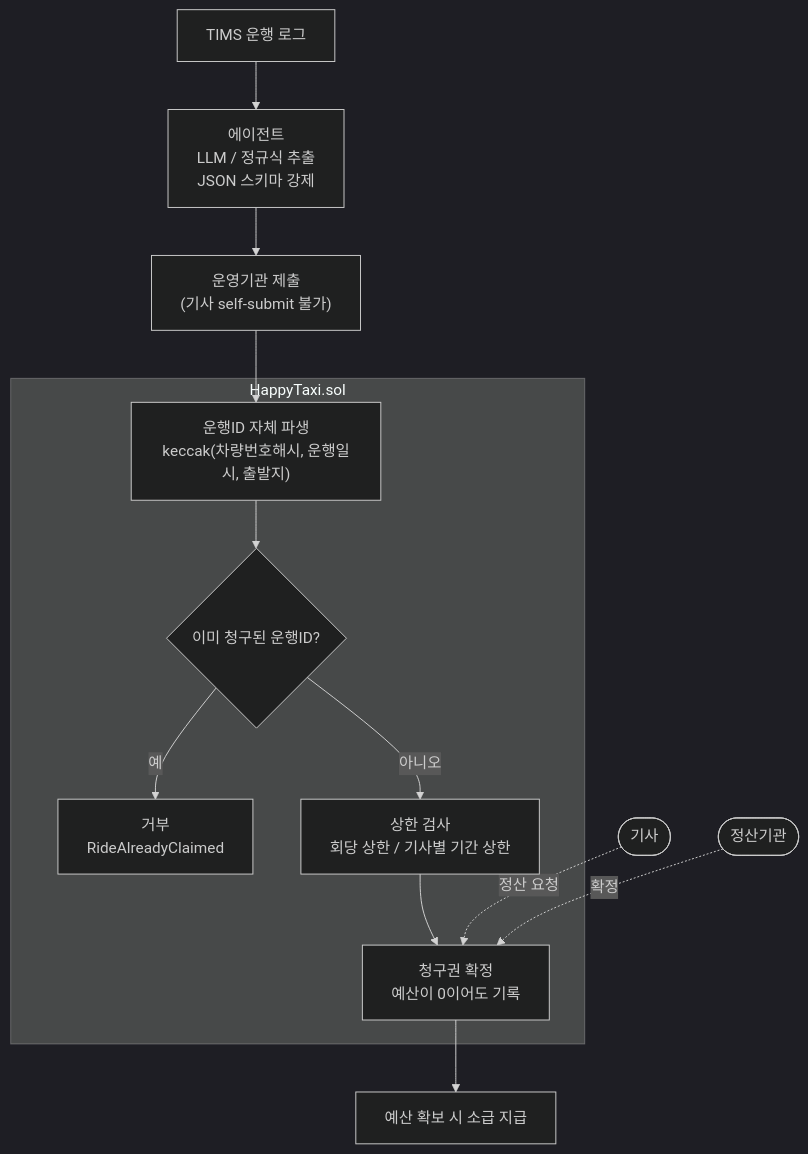
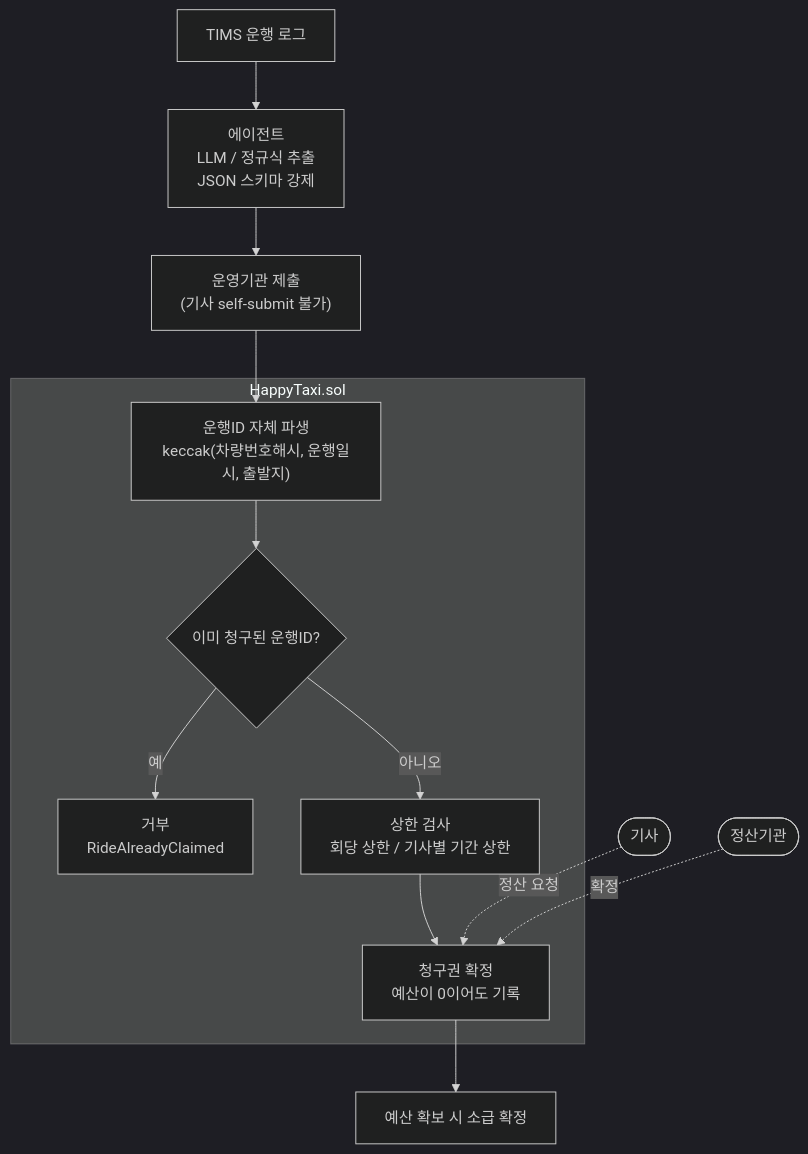
Before and after one commit to dandel6/HappyTaxi: the first of 2 diagrams in README.md, drawn with Mermaid (dark theme). The commit also changed 1 other file, not shown here.

Commit message:
Align diagram wording with README, note log path substitution

````diff
--- a/README.md
+++ b/README.md
@@ -15,18 +15,18 @@
 ```mermaid
 flowchart TD
     A["TIMS 운행 로그"] --> B["에이전트<br/>LLM / 정규식 추출<br/>JSON 스키마 강제"]
     B --> C["운영기관 제출<br/>(기사 self-submit 불가)"]
     C --> D
 
     subgraph SC["HappyTaxi.sol"]
         D["운행ID 자체 파생<br/>keccak(차량번호해시, 운행일시, 출발지)"] --> E{"이미 청구된 운행ID?"}
         E -- "예" --> R["거부<br/>RideAlreadyClaimed"]
         E -- "아니오" --> F["상한 검사<br/>회당 상한 / 기사별 기간 상한"]
         F --> G["청구권 확정<br/>예산이 0이어도 기록"]
     end
 
-    G --> H["예산 확보 시 소급 지급"]
+    G --> H["예산 확보 시 소급 확정"]
 
     DRV(["기사"]) -. "정산 요청" .-> G
     SET(["정산기관"]) -. "확정" .-> G
 ```
````
